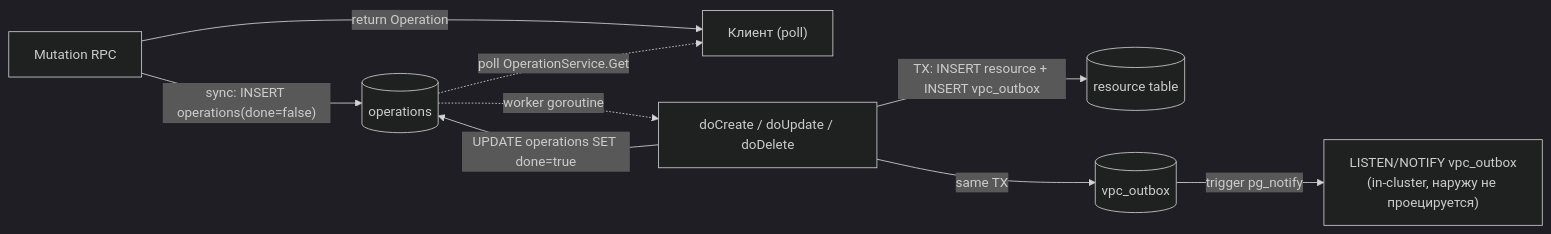
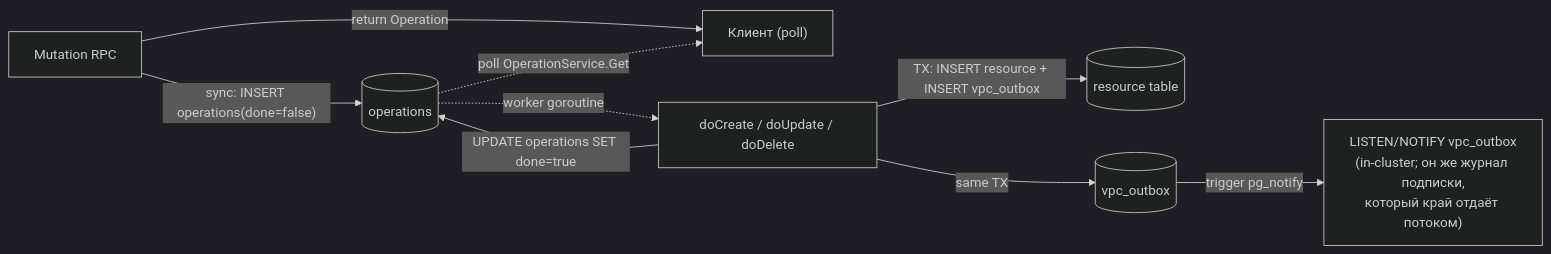
One commit to PRO-Robotech/kacho changed the diagram in services/vpc/docs/content/architecture/data-model.mdx. Above: the diagram before and after it, drawn with Mermaid (dark theme). The commit also changed other lines of this file and 10 other files, not shown here.

First line of the commit message:
docs(vpc): журнал vpc проецируется наружу — доки утверждали обратное

````diff
--- a/services/vpc/docs/content/architecture/data-model.mdx
+++ b/services/vpc/docs/content/architecture/data-model.mdx
@@ -290,11 +290,11 @@
 ```mermaid
 flowchart LR
   mut["Mutation RPC"] -->|"sync: INSERT operations(done=false)"| op[("operations")]
   mut -->|"return Operation"| cli["Клиент (poll)"]
   op -.->|"worker goroutine"| work["doCreate / doUpdate / doDelete"]
   work -->|"TX: INSERT resource + INSERT vpc_outbox"| res[("resource table")]
   work -->|"same TX"| ob[("vpc_outbox")]
-  ob -->|"trigger pg_notify"| notify["LISTEN/NOTIFY vpc_outbox<br/>(in-cluster, наружу не проецируется)"]
+  ob -->|"trigger pg_notify"| notify["LISTEN/NOTIFY vpc_outbox<br/>(in-cluster; он же журнал подписки,<br/>который край отдаёт потоком)"]
   work -->|"UPDATE operations SET done=true"| op
   op -.->|"poll OperationService.Get"| cli
 ```
````
